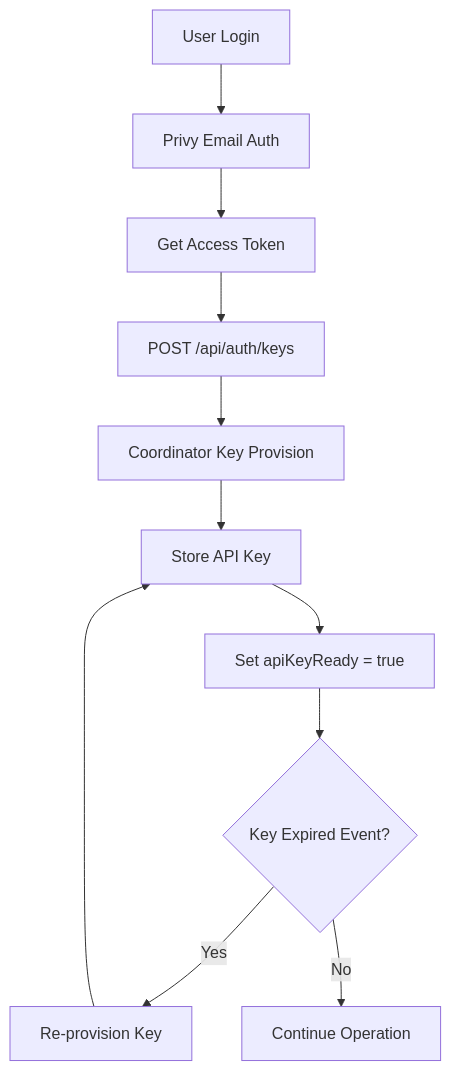
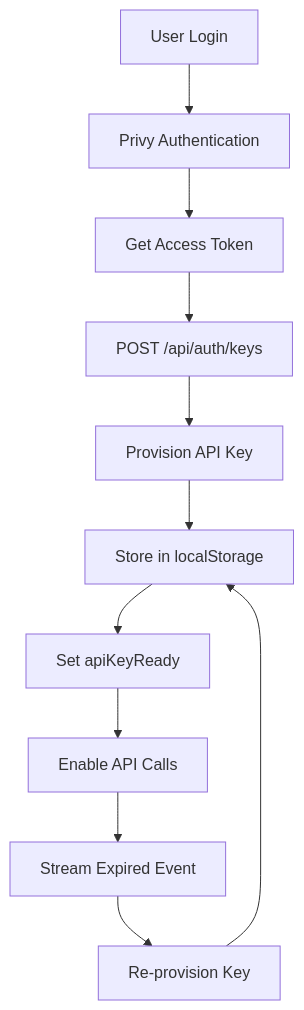
One commit to researchoors/knowledge-maintenance changed the second of 3 diagrams in artifacts/d-inference/service_analyses/web.md. Above: the diagram before and after it, drawn with Mermaid. The commit also changed other lines of this file and 23 other files, not shown here.

````diff
--- a/artifacts/d-inference/service_analyses/web.md
+++ b/artifacts/d-inference/service_analyses/web.md
@@ -107,13 +57,13 @@
 ```mermaid
 graph TD
-    A[User Login] --> B[Privy Email Auth]
+    A[User Login] --> B[Privy Authentication]
     B --> C[Get Access Token]
     C --> D[POST /api/auth/keys]
-    D --> E[Coordinator Key Provision]
-    E --> F[Store API Key]
-    F --> G[Set apiKeyReady = true]
-    G --> H{Key Expired Event?}
-    H -->|Yes| I[Re-provision Key]
-    I --> F
-    H -->|No| J[Continue Operation]
+    D --> E[Provision API Key]
+    E --> F[Store in localStorage]
+    F --> G[Set apiKeyReady]
+    G --> H[Enable API Calls]
+    H --> I[Stream Expired Event]
+    I --> J[Re-provision Key]
+    J --> F
 ```
````
